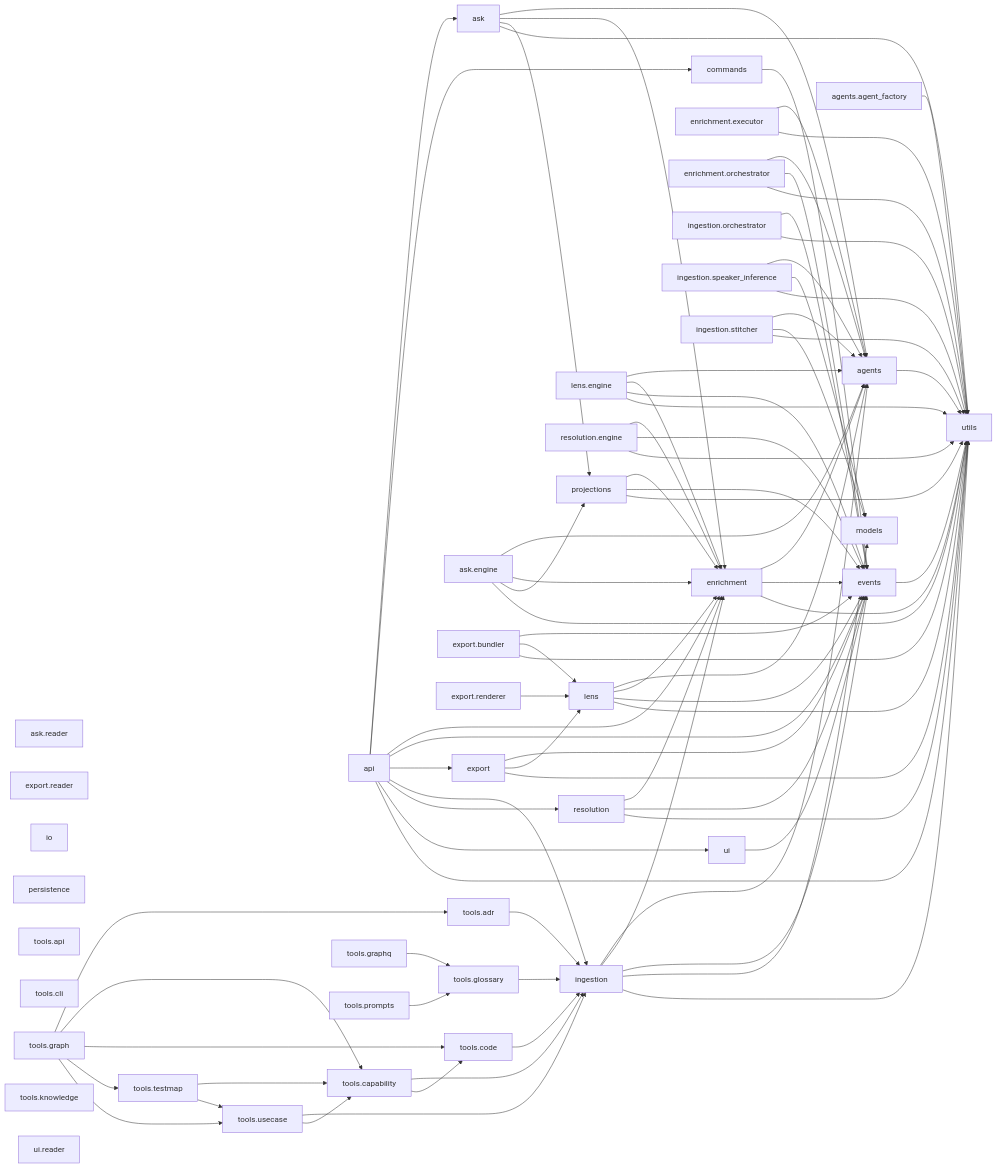
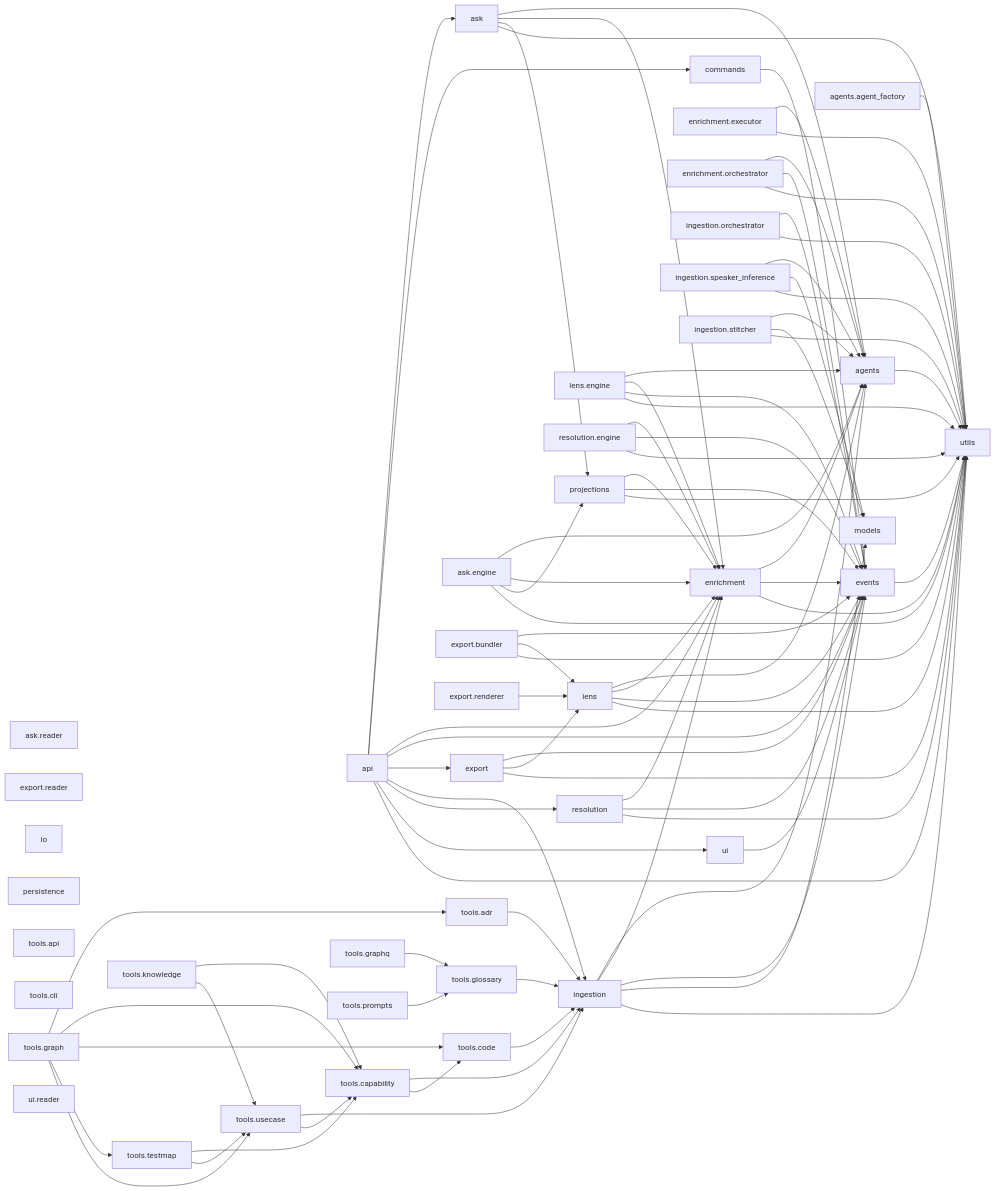
One commit to DigitalCowboyN/interview_analyzer_chaining changed the diagram in docs/code/pipeline.md. Above: the diagram before and after it, drawn with Mermaid. The commit also changed 10 other files, not shown here.

```diff
--- a/docs/code/pipeline.md
+++ b/docs/code/pipeline.md
@@ -86,7 +86,8 @@
     tools.graph --> tools.testmap
     tools.graph --> tools.usecase
     tools.graphq --> tools.glossary
-    tools.knowledge
+    tools.knowledge --> tools.capability
+    tools.knowledge --> tools.usecase
     tools.prompts --> tools.glossary
     tools.testmap --> tools.capability
     tools.testmap --> tools.usecase
```
